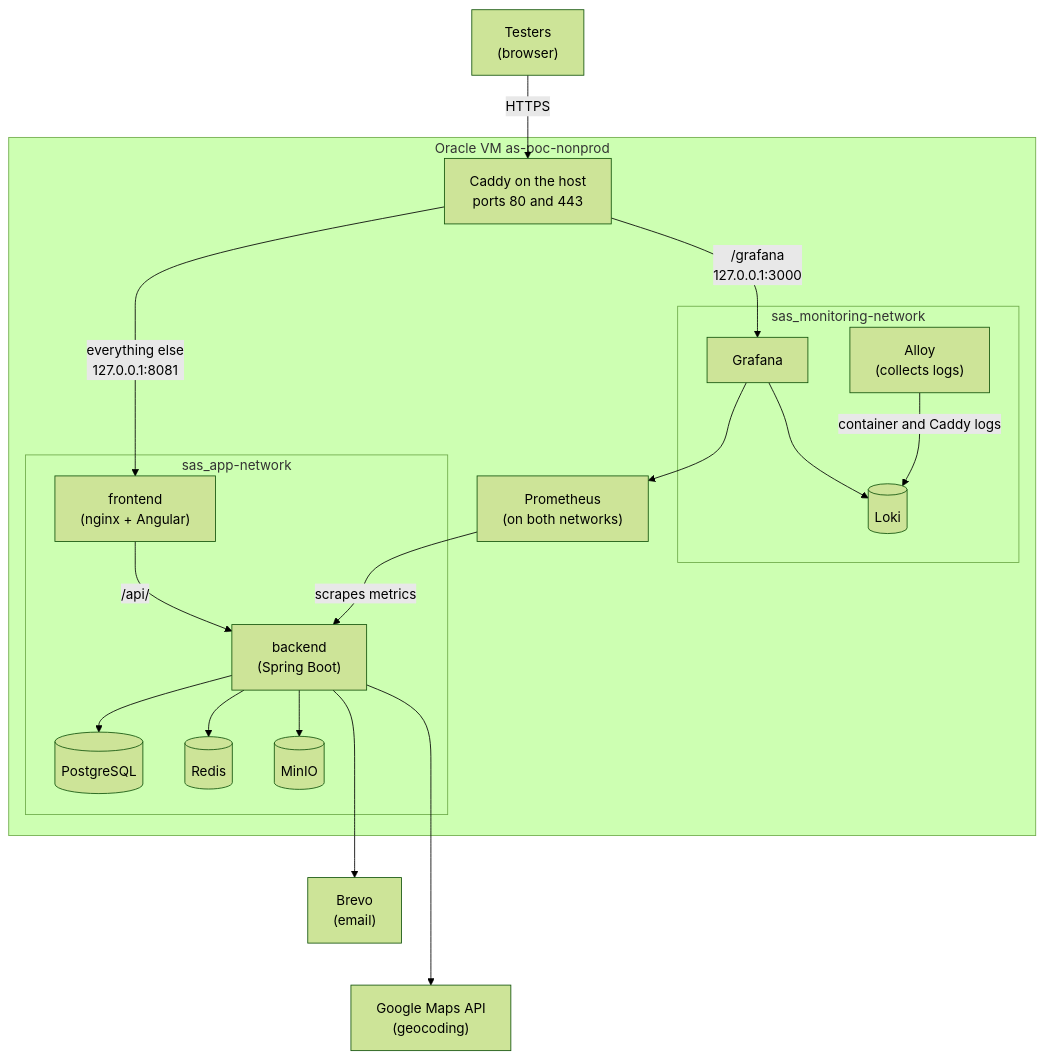
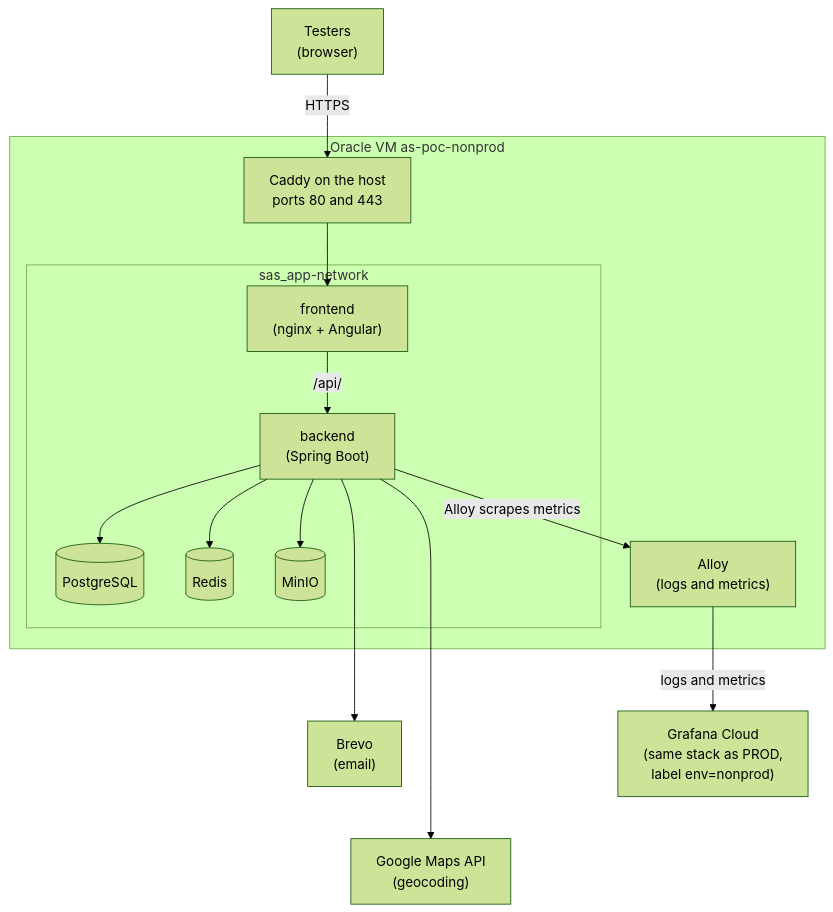
One commit to beezhub/student-accommodation-system changed the first of 3 diagrams in docs/NONPROD_RUNBOOK.md. Above: the diagram before and after it, drawn with Mermaid (forest theme). The commit also changed other lines of this file and 11 other files, not shown here.

First line of the commit message:
feat(monitoring): ship NONPROD to Grafana Cloud like PROD

````diff
--- a/docs/NONPROD_RUNBOOK.md
+++ b/docs/NONPROD_RUNBOOK.md
@@ -31,40 +31,31 @@
 ```mermaid
 flowchart TD
     users["Testers<br/>(browser)"]
     brevo["Brevo<br/>(email)"]
     maps["Google Maps API<br/>(geocoding)"]
+    gcloud["Grafana Cloud<br/>(same stack as PROD,<br/>label env=nonprod)"]
 
     subgraph vm["Oracle VM as-poc-nonprod"]
         caddy["Caddy on the host<br/>ports 80 and 443"]
+        alloy["Alloy<br/>(logs and metrics)"]
 
         subgraph app["sas_app-network"]
             frontend["frontend<br/>(nginx + Angular)"]
             backend["backend<br/>(Spring Boot)"]
             db[("PostgreSQL")]
             redis[("Redis")]
             minio[("MinIO")]
         end
-
-        prometheus["Prometheus<br/>(on both networks)"]
-
-        subgraph mon["sas_monitoring-network"]
-            grafana["Grafana"]
-            loki[("Loki")]
-            alloy["Alloy<br/>(collects logs)"]
-        end
     end
 
     users -->|HTTPS| caddy
-    caddy -->|"everything else<br/>127.0.0.1:8081"| frontend
-    caddy -->|"/grafana<br/>127.0.0.1:3000"| grafana
+    caddy --> frontend
     frontend -->|"/api/"| backend
     backend --> db
     backend --> redis
     backend --> minio
     backend ---> brevo
     backend ----> maps
-    prometheus -->|scrapes metrics| backend
-    grafana --> prometheus
-    grafana --> loki
-    alloy -->|"container and Caddy logs"| loki
+    backend -->|"Alloy scrapes metrics"| alloy
+    alloy -->|logs and metrics| gcloud
 ```
````
